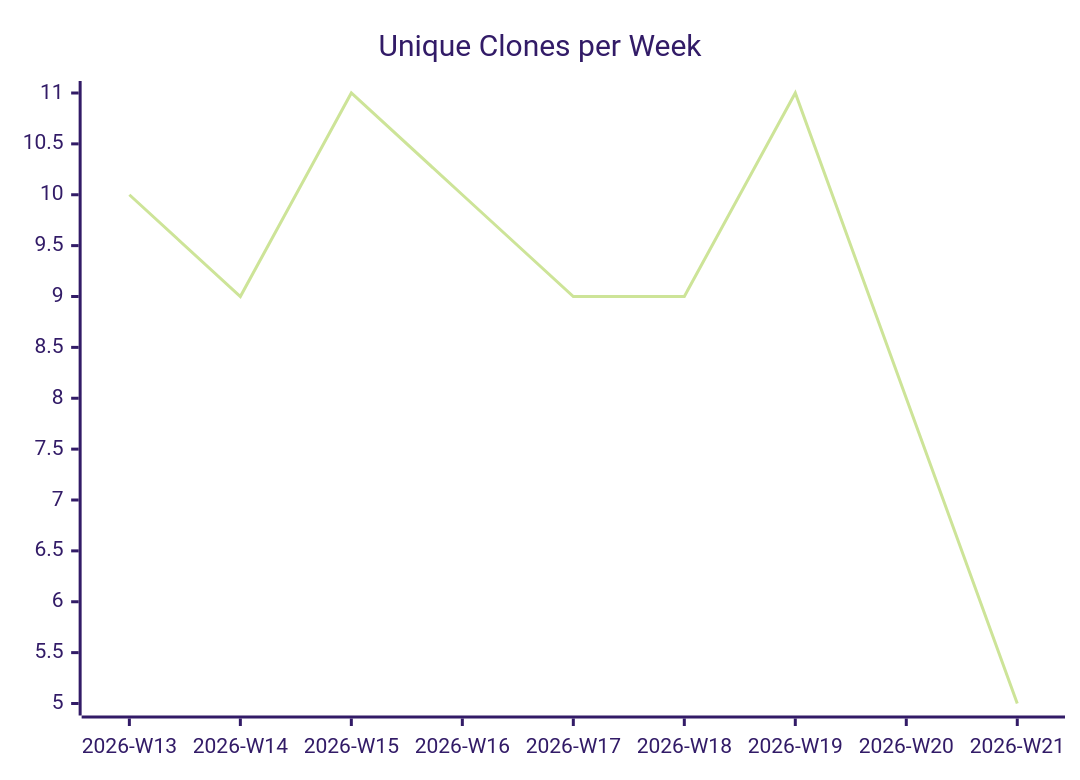
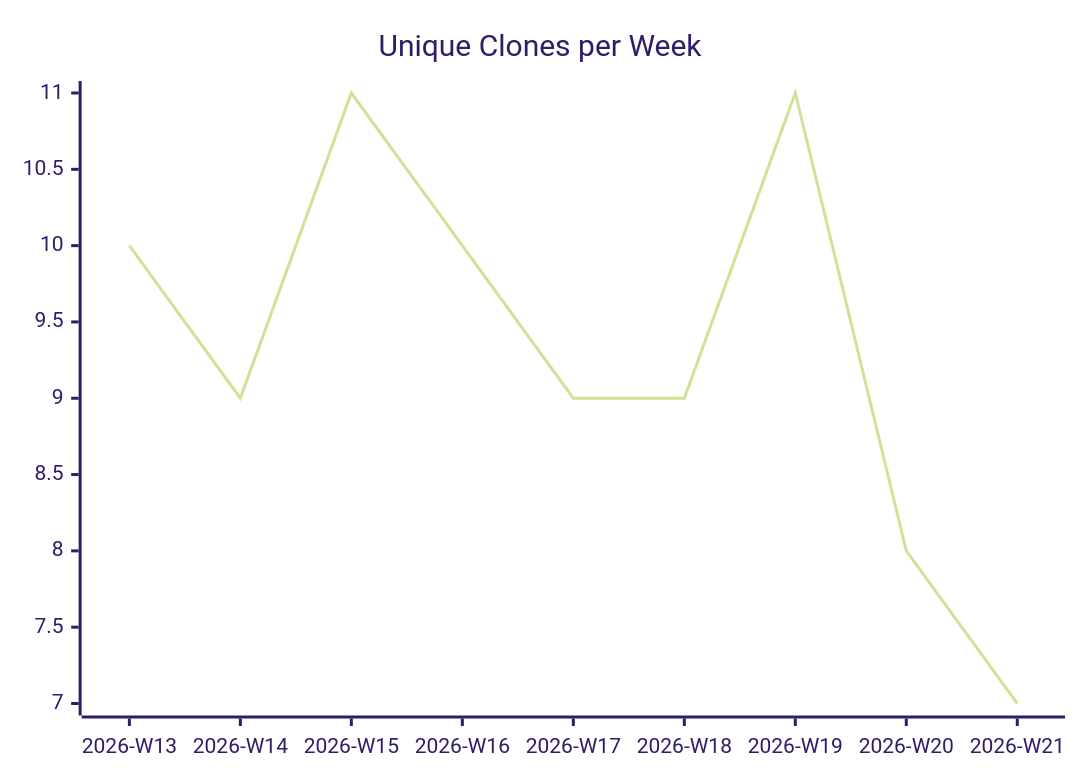
One commit to justdavis-family/github-analytics-data changed the third of 3 diagrams in karlmdavis/usgs-water-api-java/README.md. Above: the diagram before and after it, drawn with Mermaid (forest theme). The commit also changed other lines of this file and 189 other files, not shown here.

````diff
--- a/karlmdavis/usgs-water-api-java/README.md
+++ b/karlmdavis/usgs-water-api-java/README.md
@@ -19,6 +19,6 @@
 ```mermaid
 xychart-beta
   title "Unique Clones per Week"
   x-axis ["2026-W13", "2026-W14", "2026-W15", "2026-W16", "2026-W17", "2026-W18", "2026-W19", "2026-W20", "2026-W21"]
-  line [10, 9, 11, 10, 9, 9, 11, 8, 5]
+  line [10, 9, 11, 10, 9, 9, 11, 8, 7]
 ```
````
